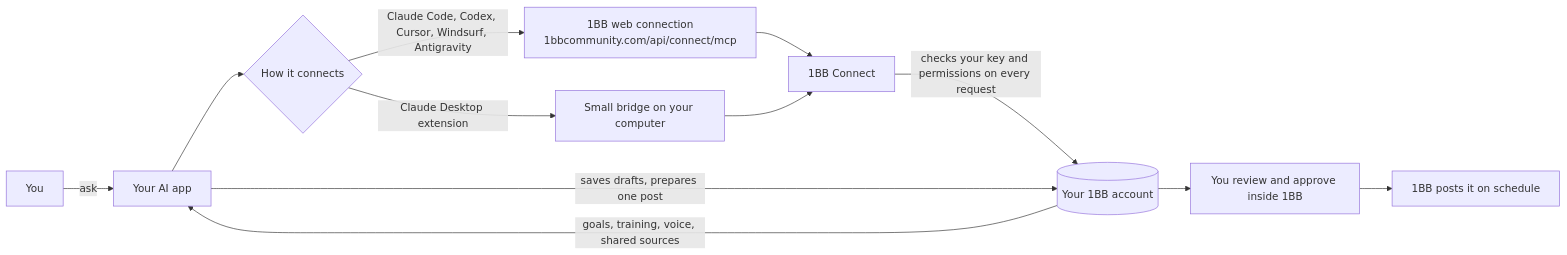
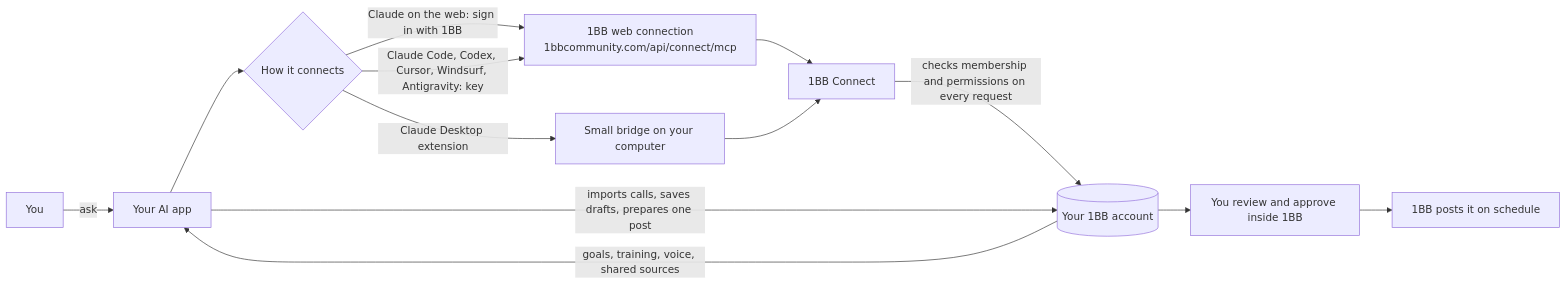
Before and after one commit to 1-Button-Business/1bb-connect-plugins: the diagram in docs/diagrams/connect-flow.mmd, drawn with Mermaid. The commit also changed 13 other files, not shown here.

First line of the commit message:
feat: Claude on the web, import-a-call playbook, membership-length keys (0.2.0)

```diff
--- a/docs/diagrams/connect-flow.mmd
+++ b/docs/diagrams/connect-flow.mmd
@@ -1,12 +1,13 @@
 flowchart LR
   M[You] -->|ask| AI[Your AI app]
   AI --> R{How it connects}
-  R -->|Claude Code, Codex, Cursor, Windsurf, Antigravity| W[1BB web connection<br/>1bbcommunity.com/api/connect/mcp]
+  R -->|Claude on the web: sign in with 1BB| W[1BB web connection<br/>1bbcommunity.com/api/connect/mcp]
+  R -->|Claude Code, Codex, Cursor, Windsurf, Antigravity: key| W
   R -->|Claude Desktop extension| B[Small bridge on your computer]
   W --> A[1BB Connect]
   B --> A
-  A -->|checks your key and permissions on every request| D[(Your 1BB account)]
+  A -->|checks membership and permissions on every request| D[(Your 1BB account)]
   D -->|goals, training, voice, shared sources| AI
-  AI -->|saves drafts, prepares one post| D
+  AI -->|imports calls, saves drafts, prepares one post| D
   D --> Rev[You review and approve inside 1BB]
   Rev --> P[1BB posts it on schedule]
```
